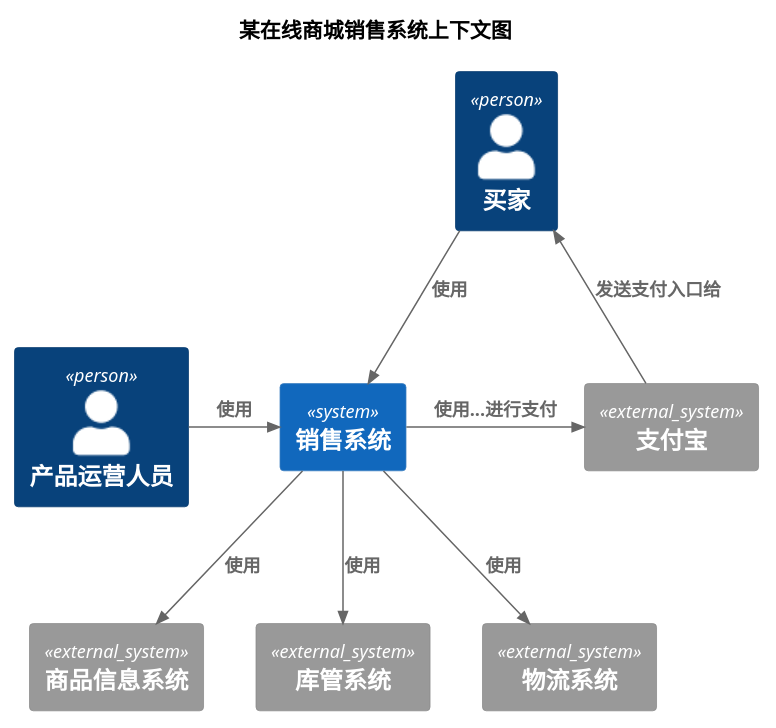
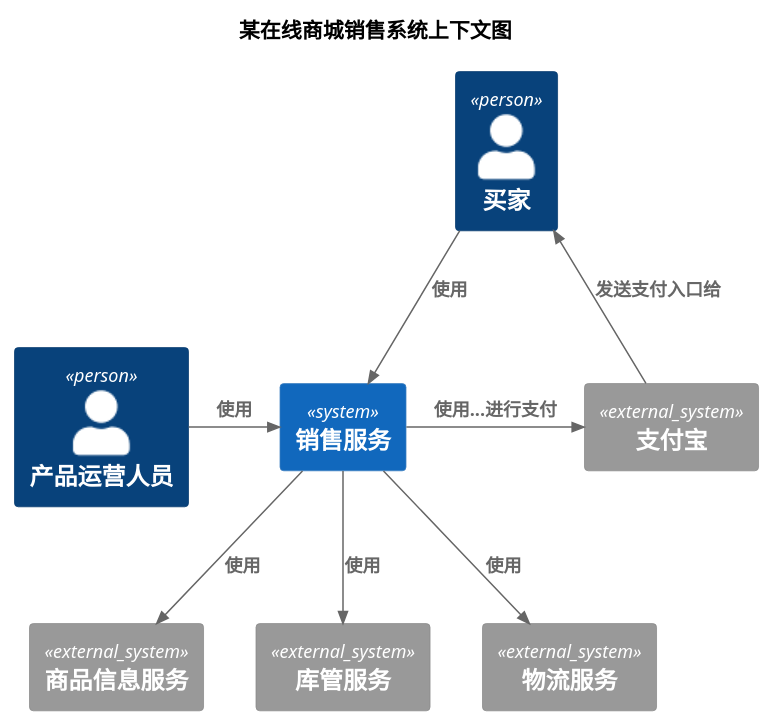
Before and after one commit to howiehu/c4-plantuml-demo: the diagram in jingxi-mall-context.puml, drawn with PlantUML. The commit also changed 6 other files, not shown here.

Commit message:
update jingxi mall diagrams

```diff
--- a/jingxi-mall-context.puml
+++ b/jingxi-mall-context.puml
@@ -1,27 +1,27 @@
 @startuml
 !includeurl https://raw.githubusercontent.com/RicardoNiepel/C4-PlantUML/release/1-0/C4_Context.puml
 
 title 某在线商城销售系统上下文图
 
 Person(customer, "买家")
 
 System_Ext(alipay, "支付宝")
 
 Person(operator, "产品运营人员")
 
-System_Ext(goods_info, "商品信息系统")
-System(mall, "销售系统")
-System_Ext(warhouse, "库管系统")
-System_Ext(logistics, "物流系统")
+System_Ext(goods_info, "商品信息服务")
+System(mall, "销售服务")
+System_Ext(warhouse, "库管服务")
+System_Ext(logistics, "物流服务")
 
 Rel(customer, mall, "使用")
 Rel_Back(customer, alipay, "发送支付入口给")
 
 Rel_Neighbor(operator, mall, "使用")
 
 Rel(mall, goods_info, "使用")
 Rel_Neighbor(mall, alipay, "使用...进行支付")
 Rel(mall, warhouse, "使用")
 Rel(mall, logistics, "使用")
 
 @enduml
```
